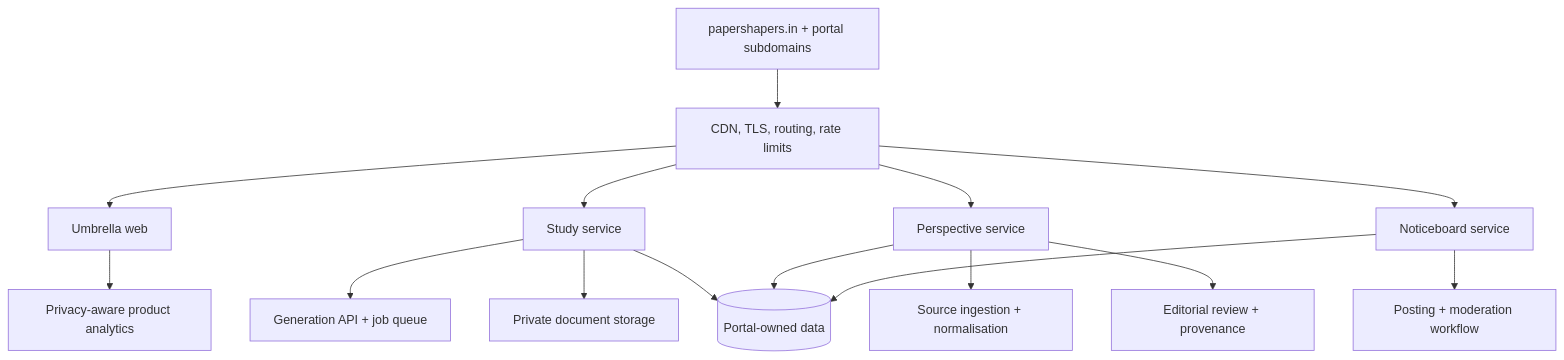
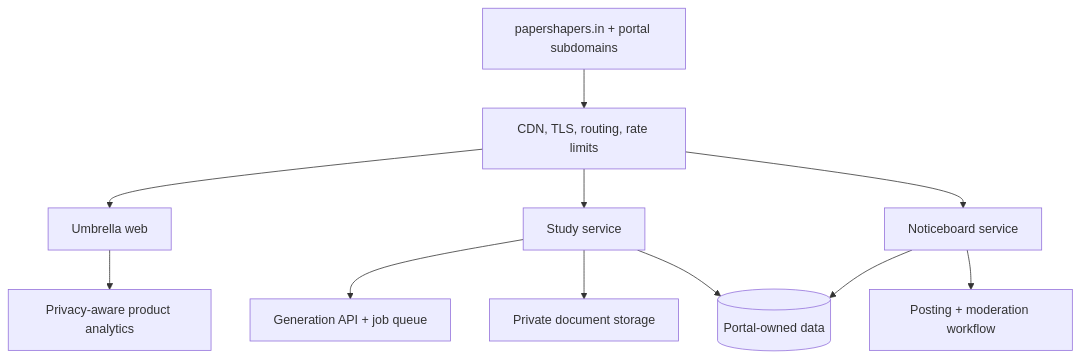
One commit to papershaper07x/papershapers_new changed the third of 3 diagrams in docs/SYSTEM_DESIGN.md. Above: the diagram before and after it, drawn with Mermaid. The commit also changed other lines of this file and 96 other files, not shown here.

````diff
--- a/docs/SYSTEM_DESIGN.md
+++ b/docs/SYSTEM_DESIGN.md
@@ -52,17 +48,13 @@
 ```mermaid
 flowchart TB
   DNS[papershapers.in + portal subdomains] --> EDGE[CDN, TLS, routing, rate limits]
   EDGE --> HOME[Umbrella web]
   EDGE --> STUDY[Study service]
-  EDGE --> NEWS[Perspective service]
   EDGE --> LOCAL[Noticeboard service]
   STUDY --> GEN[Generation API + job queue]
   STUDY --> OBJECTS[Private document storage]
-  NEWS --> INGEST[Source ingestion + normalisation]
-  NEWS --> EDIT[Editorial review + provenance]
   LOCAL --> MOD[Posting + moderation workflow]
   STUDY --> DATA[(Portal-owned data)]
-  NEWS --> DATA
   LOCAL --> DATA
   HOME --> ANALYTICS[Privacy-aware product analytics]
 ```
````
